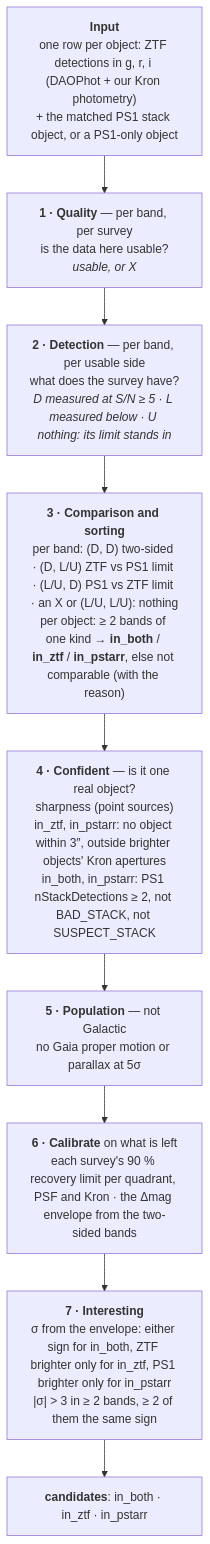
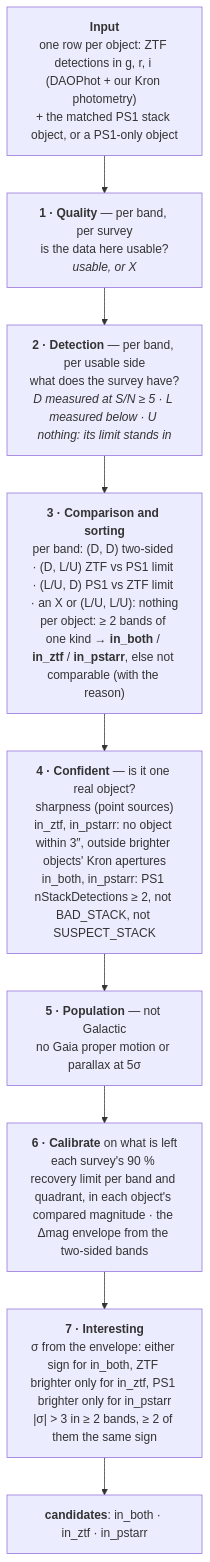
Before and after one commit to Adam-Boesky/long_transients2: the diagram in README.md, drawn with Mermaid. The commit also changed 2 other files, not shown here.

Commit message:
Review notebook: each section lists the functions it applies; current layout and checks. Limit descriptions corrected

````diff
--- a/README.md
+++ b/README.md
@@ -5,13 +5,13 @@
 ```mermaid
 flowchart TD
     IN["<b>Input</b><br/>one row per object: ZTF detections in g, r, i (DAOPhot + our Kron photometry)<br/>+ the matched PS1 stack object, or a PS1-only object"]
     Q["<b>1 · Quality</b> — per band, per survey<br/>is the data here usable?<br/><i>usable, or X</i>"]
     D["<b>2 · Detection</b> — per band, per usable side<br/>what does the survey have?<br/><i>D measured at S/N ≥ 5 · L measured below · U nothing: its limit stands in</i>"]
     S["<b>3 · Comparison and sorting</b><br/>per band: (D, D) two-sided · (D, L/U) ZTF vs PS1 limit · (L/U, D) PS1 vs ZTF limit · an X or (L/U, L/U): nothing<br/>per object: ≥ 2 bands of one kind → <b>in_both</b> / <b>in_ztf</b> / <b>in_pstarr</b>, else not comparable (with the reason)"]
     CONF["<b>4 · Confident</b> — is it one real object?<br/>sharpness (point sources)<br/>in_ztf, in_pstarr: no object within 3″, outside brighter objects' Kron apertures<br/>in_both, in_pstarr: PS1 nStackDetections ≥ 2, not BAD_STACK, not SUSPECT_STACK"]
     POP["<b>5 · Population</b> — not Galactic<br/>no Gaia proper motion or parallax at 5σ"]
-    CAL["<b>6 · Calibrate</b> on what is left<br/>each survey's 90 % recovery limit per quadrant, PSF and Kron · the Δmag envelope from the two-sided bands"]
+    CAL["<b>6 · Calibrate</b> on what is left<br/>each survey's 90 % recovery limit per band and quadrant, in each object's compared magnitude · the Δmag envelope from the two-sided bands"]
     INT["<b>7 · Interesting</b><br/>σ from the envelope: either sign for in_both, ZTF brighter only for in_ztf, PS1 brighter only for in_pstarr<br/>|σ| > 3 in ≥ 2 bands, ≥ 2 of them the same sign"]
     OUT["<b>candidates</b>: in_both · in_ztf · in_pstarr"]
     IN --> Q --> D --> S --> CONF --> POP --> CAL --> INT --> OUT
 ```
````
